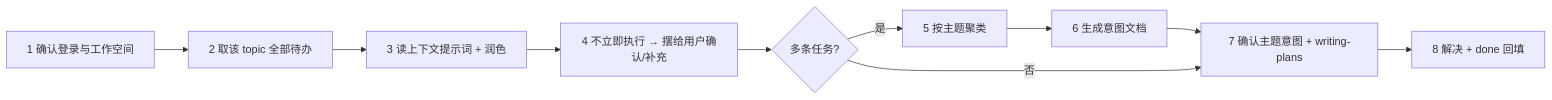
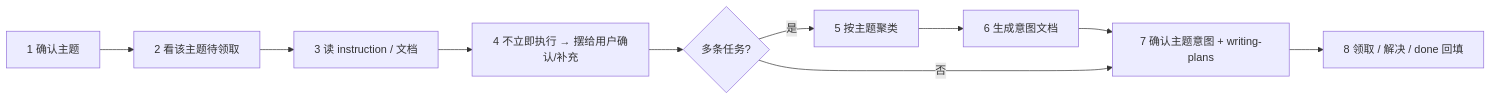
One commit to On-DevPlan/nx-kv changed the diagram in assets/nx-kv/references/agent-workflow.md. Above: the diagram before and after it, drawn with Mermaid. The commit also changed other lines of this file and 200 other files, not shown here.

````diff
--- a/assets/nx-kv/references/agent-workflow.md
+++ b/assets/nx-kv/references/agent-workflow.md
@@ -56,12 +57,12 @@
 ```mermaid
 flowchart LR
-  A[1 确认登录与工作空间] --> B[2 取该 topic 全部待办]
-  B --> C[3 读上下文提示词 + 润色]
+  A[1 确认主题] --> B[2 看该主题待领取]
+  B --> C[3 读 instruction / 文档]
   C --> D[4 不立即执行 → 摆给用户确认/补充]
   D --> E{多条任务?}
   E -- 是 --> F[5 按主题聚类]
   F --> G[6 生成意图文档]
   G --> H[7 确认主题意图 + writing-plans]
   E -- 否 --> H
-  H --> I[8 解决 + done 回填]
+  H --> I[8 领取 / 解决 / done 回填]
 ```
````
